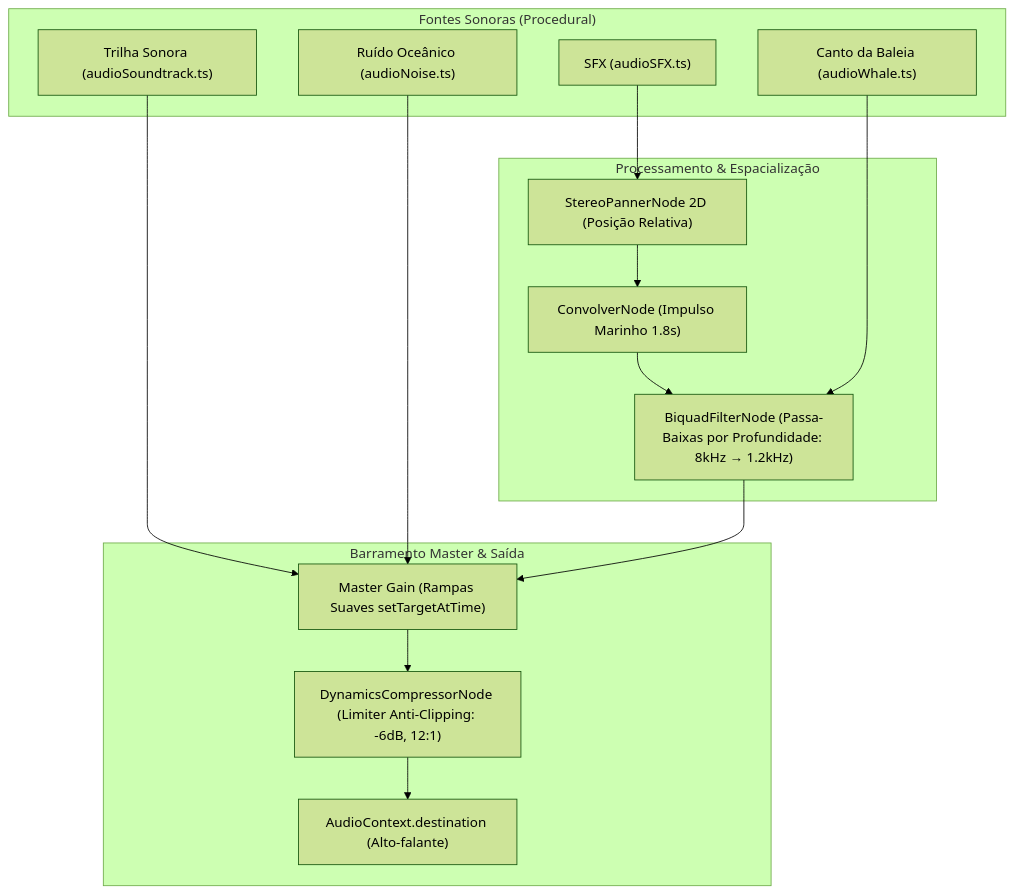
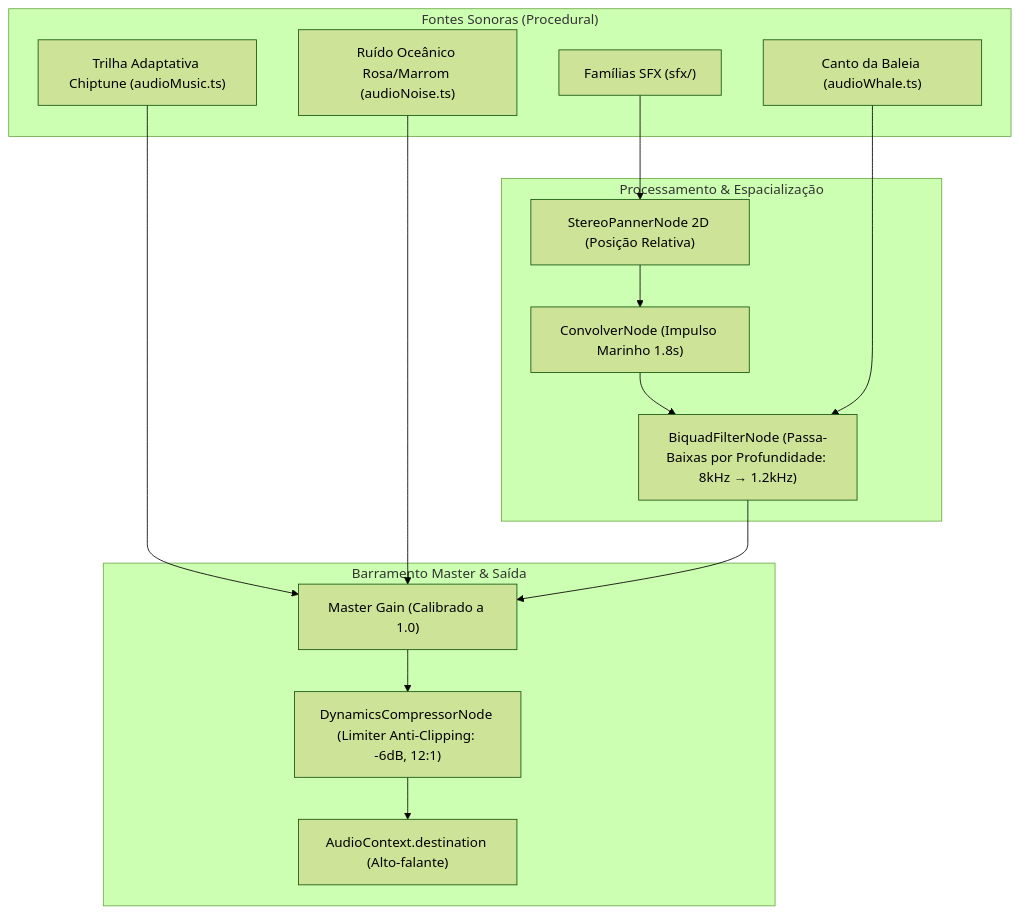
One commit to FeCruz0/micro-splash changed the third of 3 diagrams in docs/ARCHITECTURE.md. Above: the diagram before and after it, drawn with Mermaid (forest theme). The commit also changed other lines of this file and 4 other files, not shown here.

````diff
--- a/docs/ARCHITECTURE.md
+++ b/docs/ARCHITECTURE.md
@@ -109,31 +149,31 @@
 ```mermaid
 graph TD
     subgraph SINTESE["Fontes Sonoras (Procedural)"]
-        SFX["SFX (audioSFX.ts)"]
+        SFX["Famílias SFX (sfx/)"]
         WHALE["Canto da Baleia (audioWhale.ts)"]
-        MUSIC["Trilha Sonora (audioSoundtrack.ts)"]
-        OCEAN["Ruído Oceânico (audioNoise.ts)"]
+        MUSIC["Trilha Adaptativa Chiptune (audioMusic.ts)"]
+        OCEAN["Ruído Oceânico Rosa/Marrom (audioNoise.ts)"]
     end
 
     subgraph PROCESSAMENTO["Processamento & Espacialização"]
         PANNER["StereoPannerNode 2D (Posição Relativa)"]
         REVERB["ConvolverNode (Impulso Marinho 1.8s)"]
         FILTER["BiquadFilterNode (Passa-Baixas por Profundidade: 8kHz → 1.2kHz)"]
     end
 
     subgraph MASTERING["Barramento Master & Saída"]
-        MASTER["Master Gain (Rampas Suaves setTargetAtTime)"]
+        MASTER["Master Gain (Calibrado a 1.0)"]
         LIMITER["DynamicsCompressorNode (Limiter Anti-Clipping: -6dB, 12:1)"]
         DEST["AudioContext.destination (Alto-falante)"]
     end
 
     SFX --> PANNER
     PANNER --> REVERB
     REVERB --> FILTER
     WHALE --> FILTER
     MUSIC --> MASTER
     OCEAN --> MASTER
     FILTER --> MASTER
     MASTER --> LIMITER
     LIMITER --> DEST
 ```
````
